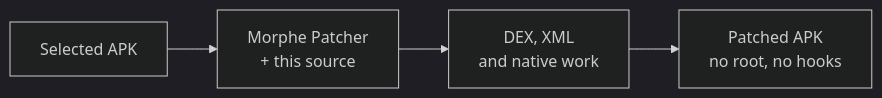
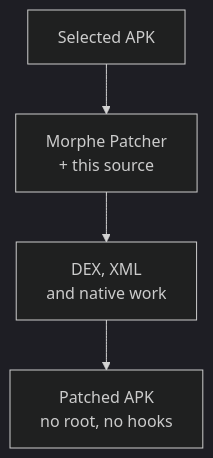
The diagram in README.md (Lxchoooo/kveld-morphe-patches), drawn with Mermaid (dark theme) before and after one commit.

Commit message:
docs(readme): vertical mermaid flow to fit narrow viewports

````diff
--- a/README.md
+++ b/README.md
@@ -67,6 +67,6 @@
 ```mermaid
-flowchart LR
+flowchart TD
     A[Selected APK] --> B[Morphe Patcher<br/>+ this source]
     B --> C[DEX, XML<br/>and native work]
     C --> D[Patched APK<br/>no root, no hooks]
 ```
````
